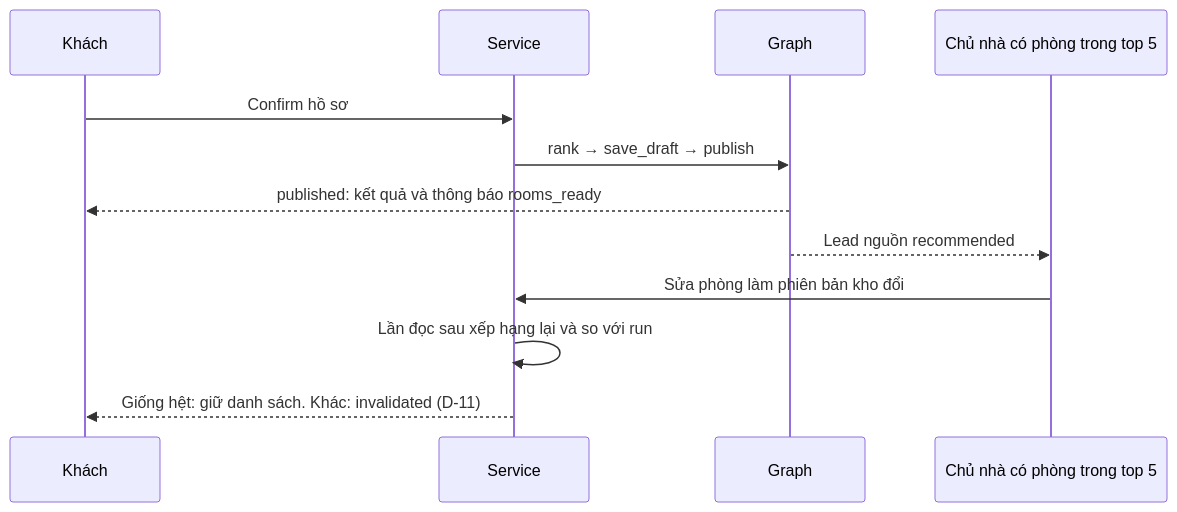
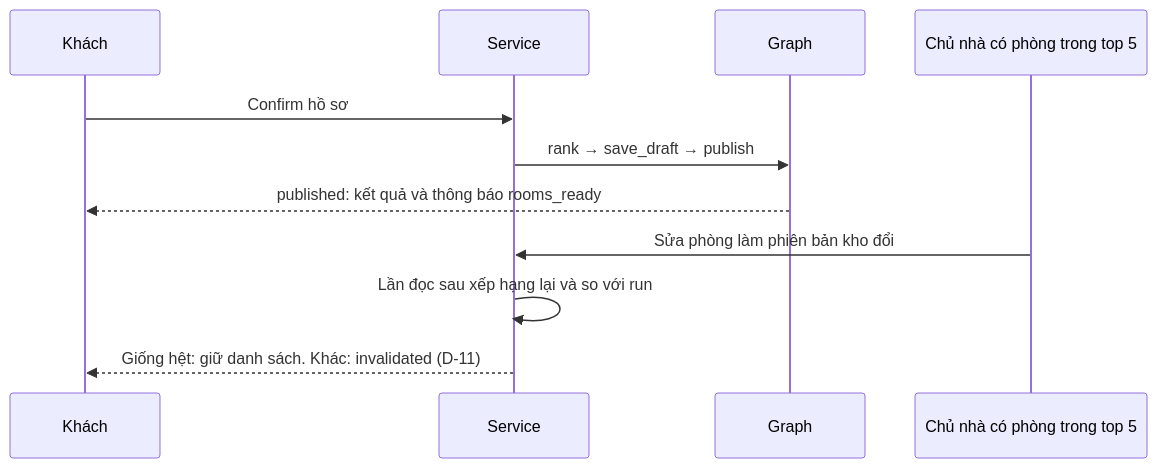
Before and after one commit to RealQuangSon/KLTN_NguyenQuangSon: the second of 2 diagrams in docs/kien-truc-trien-khai.md, drawn with Mermaid. The commit also changed other lines of this file and 288 other files, not shown here.

````diff
--- a/docs/kien-truc-trien-khai.md
+++ b/docs/kien-truc-trien-khai.md
@@ -63,14 +64,13 @@
 ```mermaid
 sequenceDiagram
   participant R as Khách
   participant S as Service
   participant G as Graph
   participant O as Chủ nhà có phòng trong top 5
   R->>S: Confirm hồ sơ
   S->>G: rank → save_draft → publish
   G-->>R: published: kết quả và thông báo rooms_ready
-  G-->>O: Lead nguồn recommended
   O->>S: Sửa phòng làm phiên bản kho đổi
   S->>S: Lần đọc sau xếp hạng lại và so với run
   S-->>R: Giống hệt: giữ danh sách. Khác: invalidated (D-11)
 ```
````
